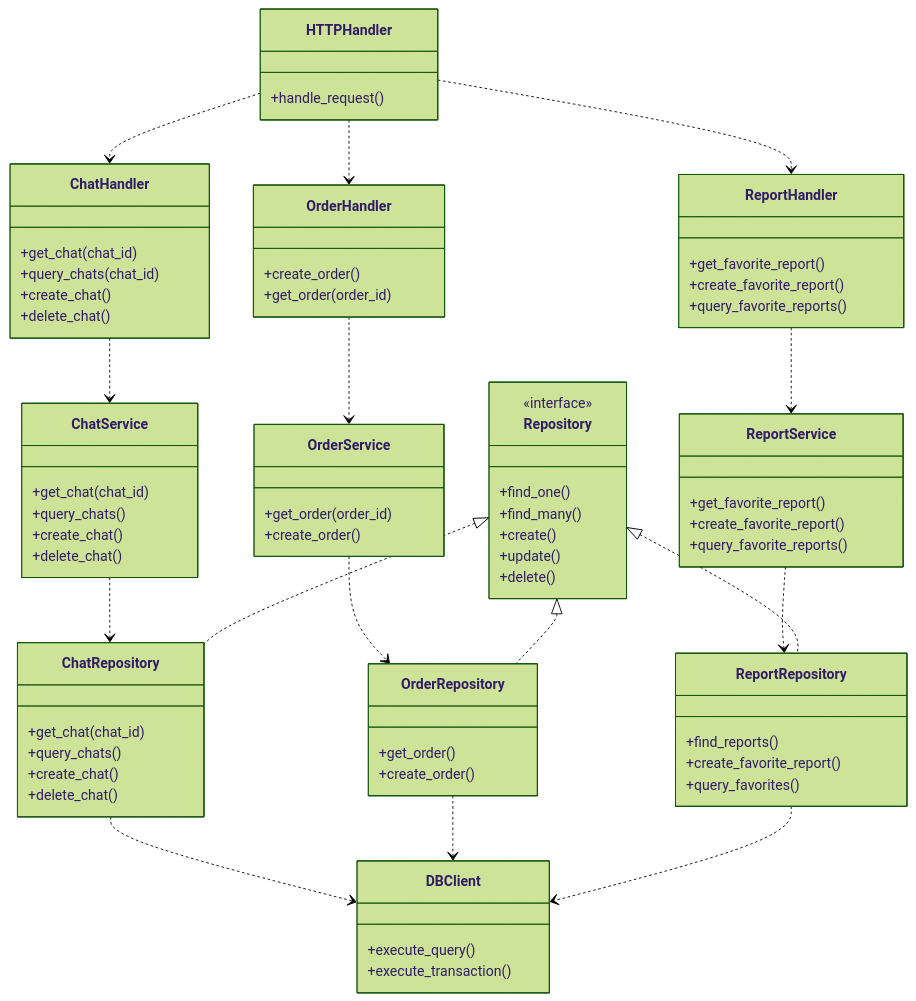
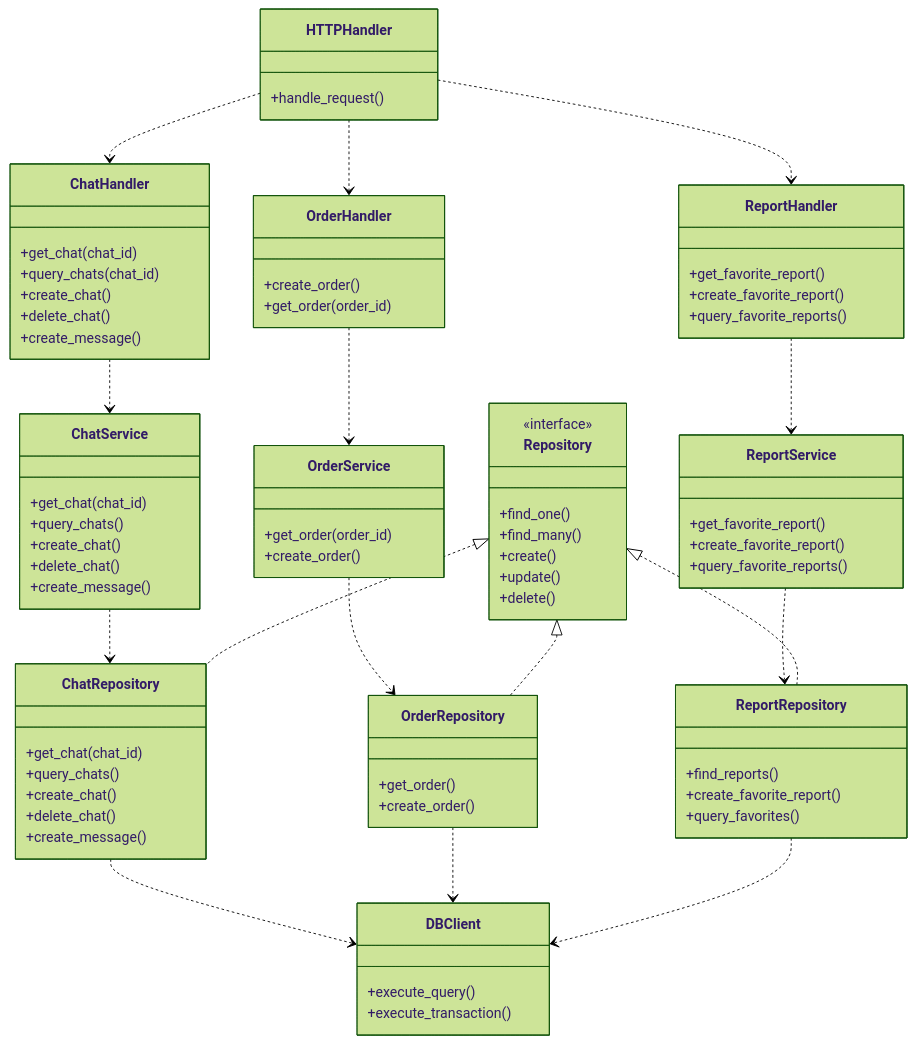
The diagram in ai-coding/output/应用软件分层架构E-R图.md (hanhzf/aiops), drawn with Mermaid (forest theme) before and after one commit. The commit also changed 1 other file, not shown here.

```diff
--- a/ai-coding/output/应用软件分层架构E-R图.md
+++ b/ai-coding/output/应用软件分层架构E-R图.md
@@ -12,6 +12,7 @@
         +query_chats(chat_id)
         +create_chat()
         +delete_chat()
+        +create_message()
     }
     
     class OrderHandler {
@@ -30,6 +31,7 @@
         +query_chats()
         +create_chat()
         +delete_chat()
+        +create_message()
     }
 
     class OrderService {
@@ -62,6 +64,7 @@
         +query_chats()
         +create_chat()
         +delete_chat()
+        +create_message()
     }
 
     class OrderRepository {
```
